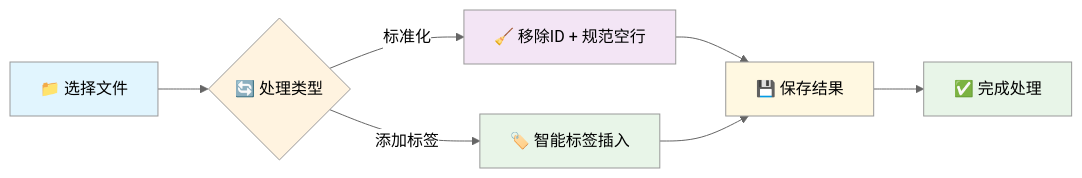
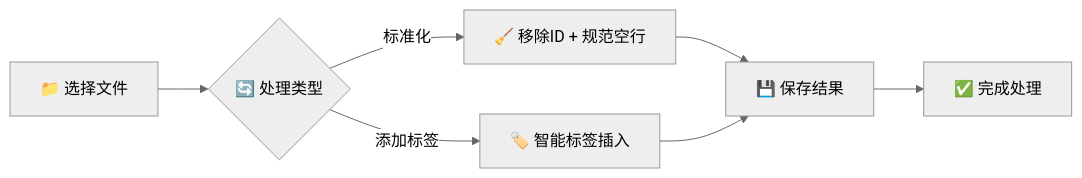
One commit to SaintFore/tool_for_anki changed the second of 3 diagrams in README.md. Above: the diagram before and after it, drawn with Mermaid (neutral theme). The commit also changed other lines of this file, not shown here.

````diff
--- a/README.md
+++ b/README.md
@@ -113,16 +72,9 @@
 ```mermaid
 flowchart LR
     A[📁 选择文件] --> B{🔄 处理类型}
     B -->|标准化| C[🧹 移除ID + 规范空行]
     B -->|添加标签| D[🏷️ 智能标签插入]
     C --> E[💾 保存结果]
     D --> E
     E --> F[✅ 完成处理]
-    
-    style A fill:#e1f5fe
-    style B fill:#fff3e0
-    style C fill:#f3e5f5
-    style D fill:#e8f5e8
-    style E fill:#fff8e1
-    style F fill:#e8f5e8
 ```
````
